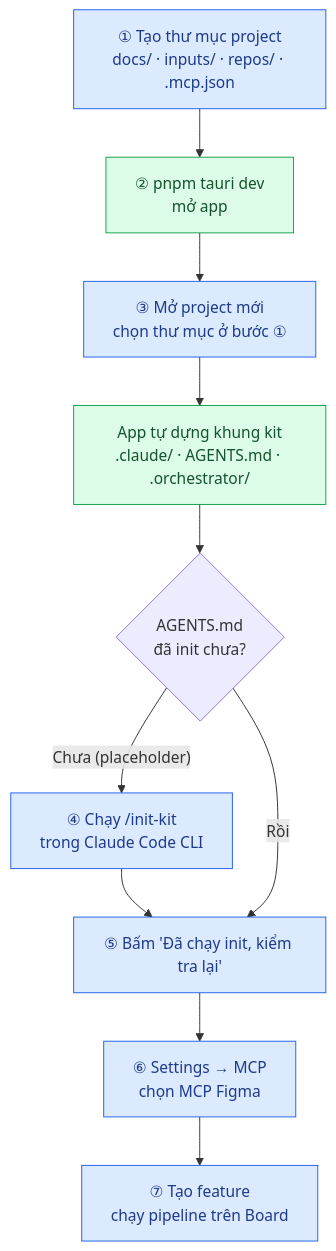
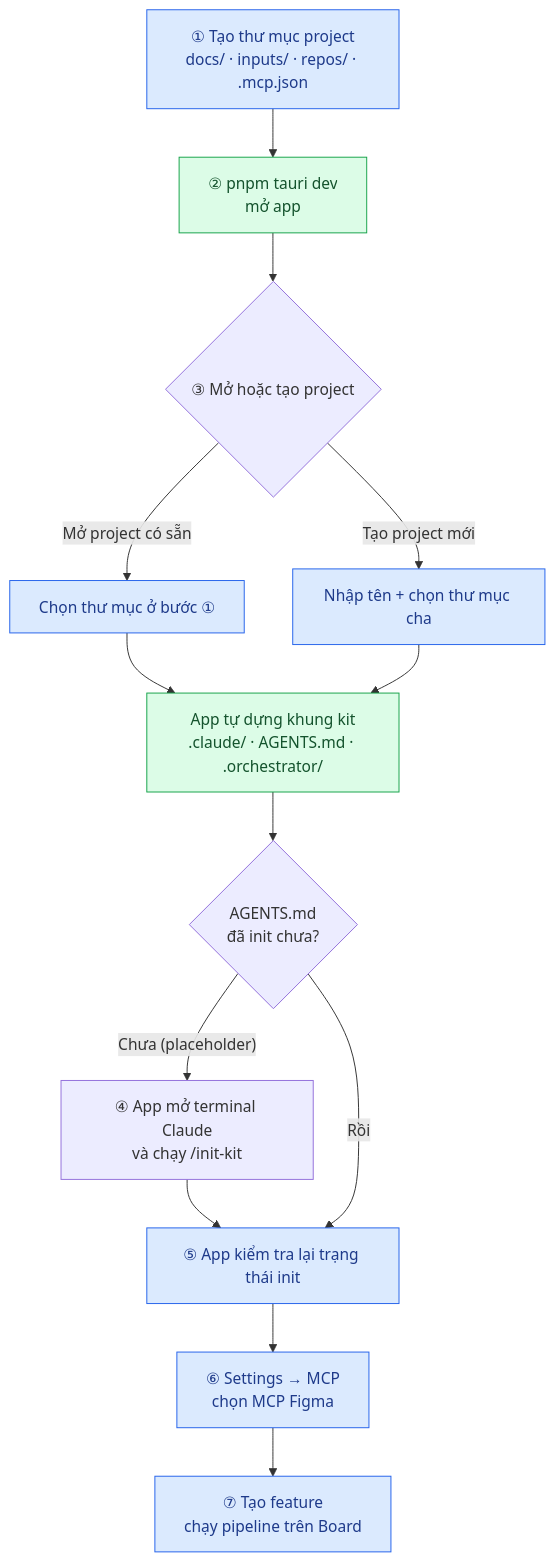
One commit to dipro-vn/dipro-ai-boost changed the diagram in project-ai-kit/orchestrator-app/README.md. Above: the diagram before and after it, drawn with Mermaid. The commit also changed other lines of this file and 47 other files, not shown here.

First line of the commit message:
feat(orchestrator-app): tạo project mới trong app + terminal init-kit tích hợp

````diff
--- a/project-ai-kit/orchestrator-app/README.md
+++ b/project-ai-kit/orchestrator-app/README.md
@@ -25,17 +25,20 @@
 ```mermaid
 flowchart TD
     A["① Tạo thư mục project<br/>docs/ · inputs/ · repos/ · .mcp.json"] --> B["② pnpm tauri dev<br/>mở app"]
-    B --> C["③ Mở project mới<br/>chọn thư mục ở bước ①"]
-    C --> D["App tự dựng khung kit<br/>.claude/ · AGENTS.md · .orchestrator/"]
+    B --> C{"③ Mở hoặc tạo project"}
+    C -- "Mở project có sẵn" --> C1["Chọn thư mục ở bước ①"]
+    C -- "Tạo project mới" --> C2["Nhập tên + chọn thư mục cha"]
+    C1 --> D["App tự dựng khung kit<br/>.claude/ · AGENTS.md · .orchestrator/"]
+    C2 --> D
     D --> E{"AGENTS.md<br/>đã init chưa?"}
-    E -- "Chưa (placeholder)" --> F["④ Chạy /init-kit<br/>trong Claude Code CLI"]
-    F --> G["⑤ Bấm 'Đã chạy init, kiểm tra lại'"]
+    E -- "Chưa (placeholder)" --> F["④ App mở terminal Claude<br/>và chạy /init-kit"]
+    F --> G["⑤ App kiểm tra lại trạng thái init"]
     E -- "Rồi" --> G
     G --> H["⑥ Settings → MCP<br/>chọn MCP Figma"]
     H --> I["⑦ Tạo feature<br/>chạy pipeline trên Board"]
 
     classDef user fill:#DBEAFE,stroke:#2563EB,color:#1E3A8A
     classDef app fill:#DCFCE7,stroke:#16A34A,color:#14532D
-    class A,C,F,G,H,I user
+    class A,C1,C2,G,H,I user
     class B,D app
 ```
````
